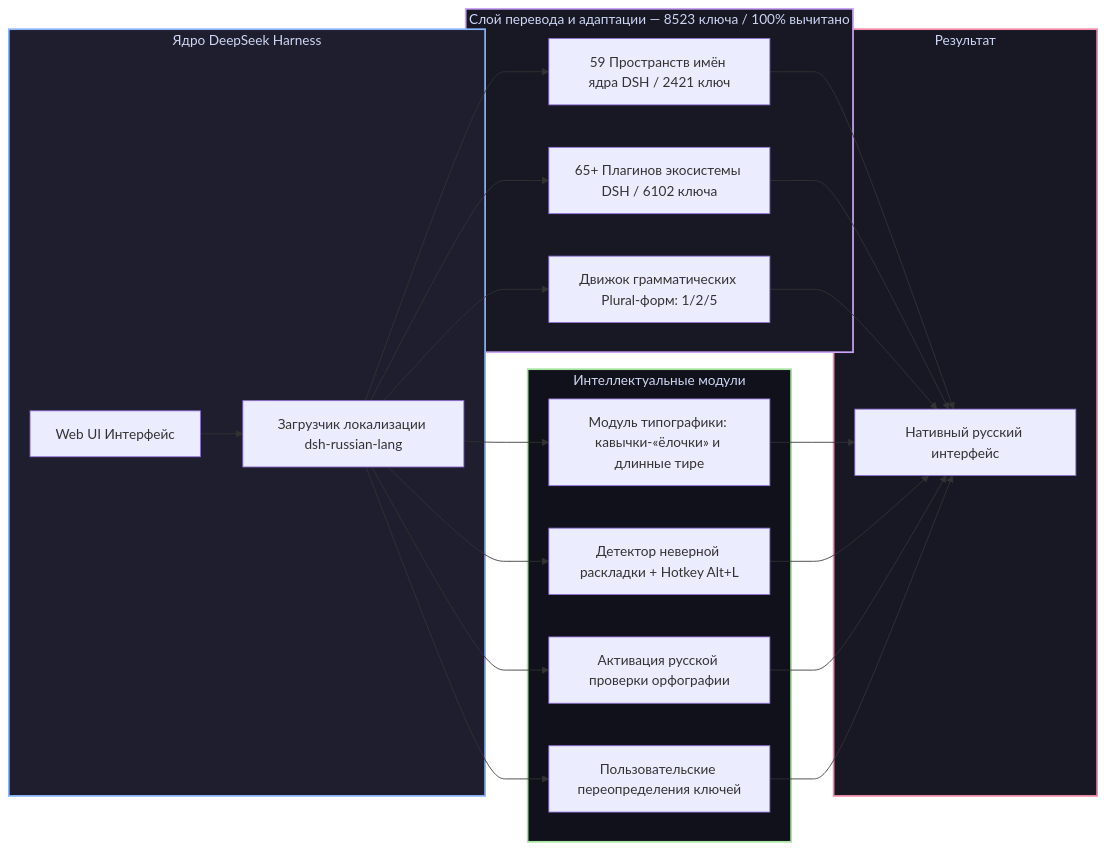
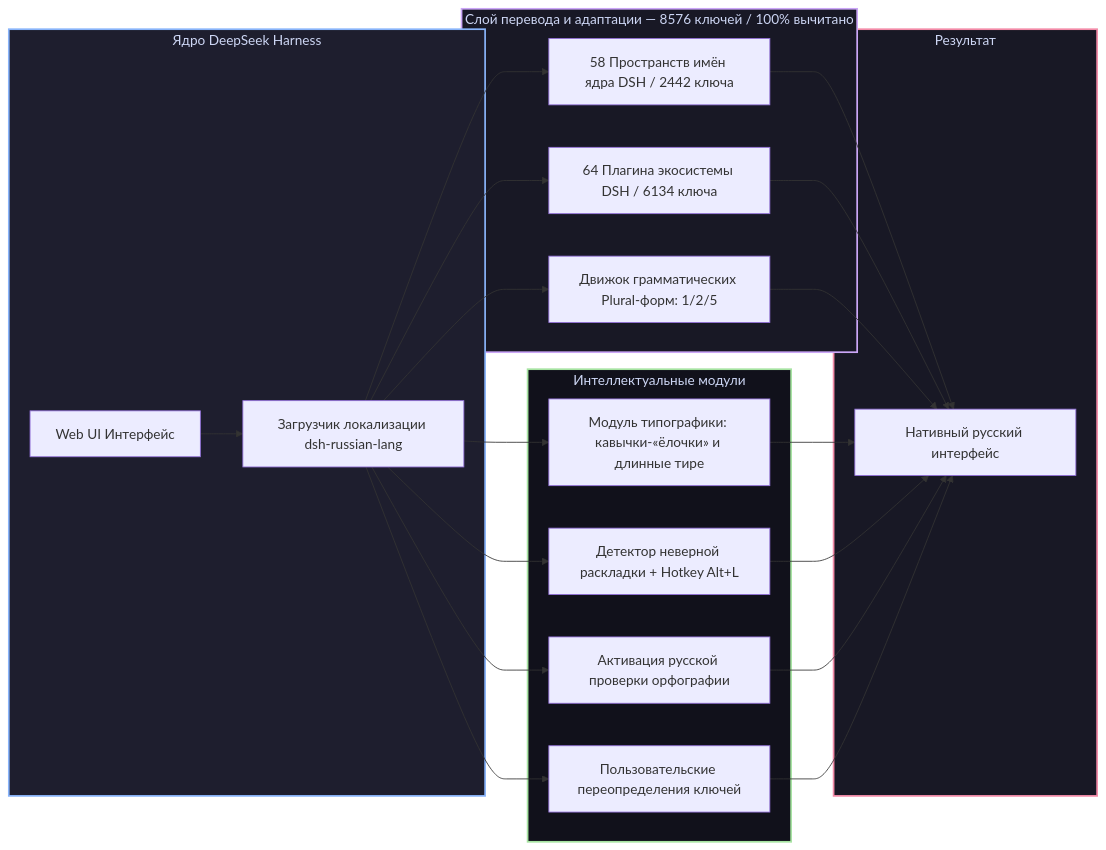
One commit to GooDAnDReaDY/dsh-russian-lang changed the diagram in README.md. Above: the diagram before and after it, drawn with Mermaid. The commit also changed other lines of this file and 12 other files, not shown here.

````diff
--- a/README.md
+++ b/README.md
@@ -49,34 +49,34 @@
 ```mermaid
 graph LR
     subgraph DSHCore [Ядро DeepSeek Harness]
         DSH[Web UI Интерфейс] --> Loader[Загрузчик локализации dsh-russian-lang]
     end
 
-    subgraph TranslationLayer [Слой перевода и адаптации — 8523 ключа / 100% вычитано]
-        Loader --> CoreDict[59 Пространств имён ядра DSH / 2421 ключ]
-        Loader --> PluginDict[65+ Плагинов экосистемы DSH / 6102 ключа]
+    subgraph TranslationLayer [Слой перевода и адаптации — 8576 ключей / 100% вычитано]
+        Loader --> CoreDict[58 Пространств имён ядра DSH / 2442 ключа]
+        Loader --> PluginDict[64 Плагина экосистемы DSH / 6134 ключа]
         Loader --> PluralEngine[Движок грамматических Plural-форм: 1/2/5]
     end
 
     subgraph SmartFeatures [Интеллектуальные модули]
         Loader --> Typo[Модуль типографики: кавычки-«ёлочки» и длинные тире]
         Loader --> LayoutFix[Детектор неверной раскладки + Hotkey Alt+L]
         Loader --> Spell[Активация русской проверки орфографии]
         Loader --> Overrides[Пользовательские переопределения ключей]
     end
 
     subgraph Result [Результат]
         CoreDict --> NativeUI[Нативный русский интерфейс]
         PluginDict --> NativeUI
         PluralEngine --> NativeUI
         Typo --> NativeUI
         LayoutFix --> NativeUI
         Spell --> NativeUI
         Overrides --> NativeUI
     end
 
     style DSHCore fill:#1e1e2e,stroke:#89b4fa,stroke-width:2px,color:#cdd6f4
     style TranslationLayer fill:#181825,stroke:#cba6f7,stroke-width:2px,color:#cdd6f4
     style SmartFeatures fill:#11111b,stroke:#a6e3a1,stroke-width:2px,color:#cdd6f4
     style Result fill:#181825,stroke:#f38ba8,stroke-width:2px,color:#cdd6f4
 ```
````
